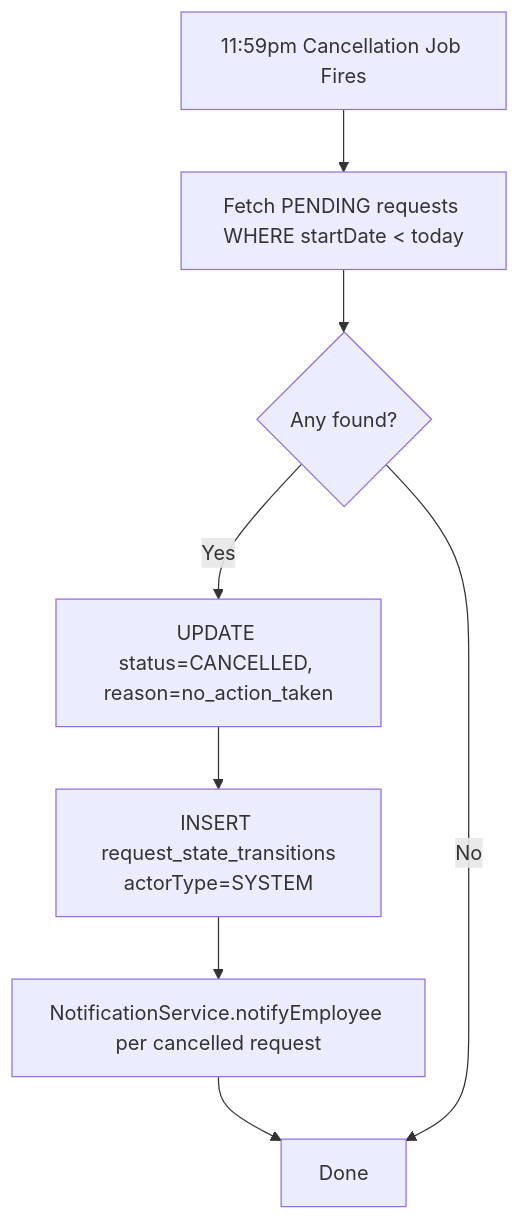
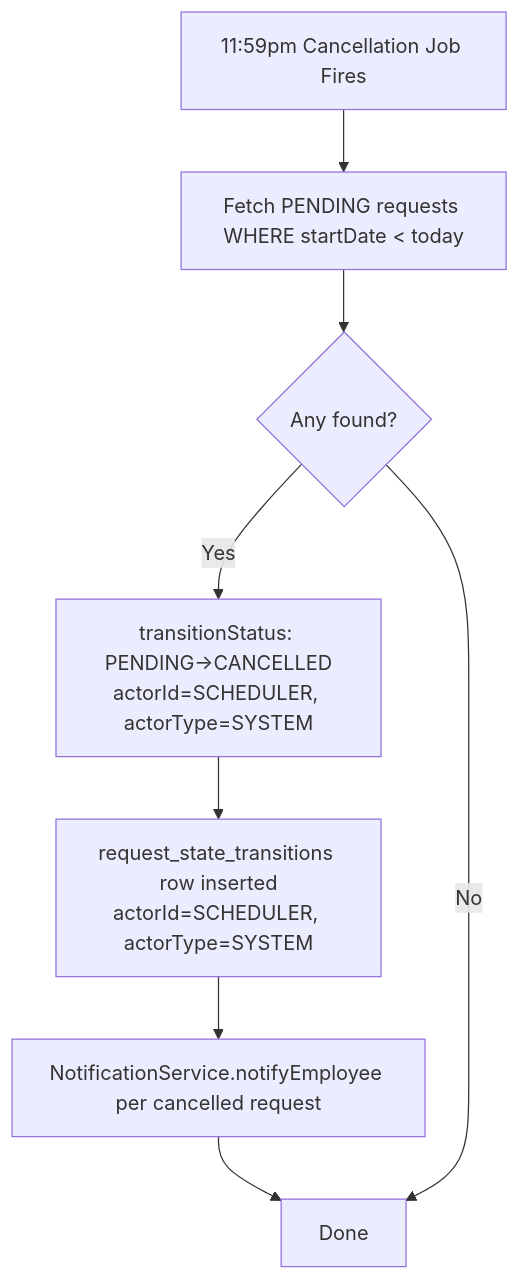
The tenth of 10 diagrams in docs/TRD.md (jayanth-veeravalli/time-off-service), drawn with Mermaid before and after one commit. The commit also changed other lines of this file and 111 other files, not shown here.

````diff
--- a/docs/TRD.md
+++ b/docs/TRD.md
@@ -890,10 +927,10 @@
 ```mermaid
 flowchart TD
     A[11:59pm Cancellation Job Fires] --> B[Fetch PENDING requests WHERE startDate < today]
     B --> C{Any found?}
-    C -- Yes --> D[UPDATE status=CANCELLED, reason=no_action_taken]
-    D --> E[INSERT request_state_transitions\nactorType=SYSTEM]
+    C -- Yes --> D[transitionStatus: PENDING→CANCELLED\nactorId=SCHEDULER, actorType=SYSTEM]
+    D --> E[request_state_transitions row inserted\nactorId=SCHEDULER, actorType=SYSTEM]
     E --> F[NotificationService.notifyEmployee per cancelled request]
     F --> G[Done]
     C -- No --> G
 ```
````
